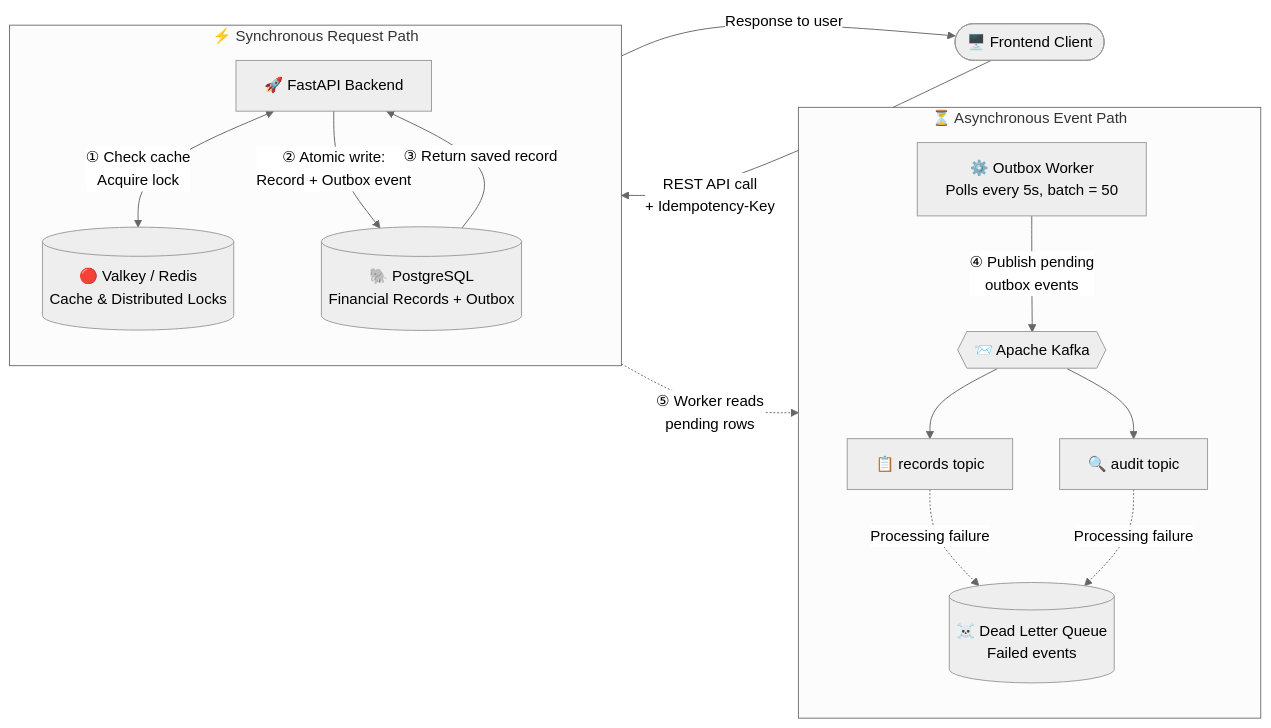
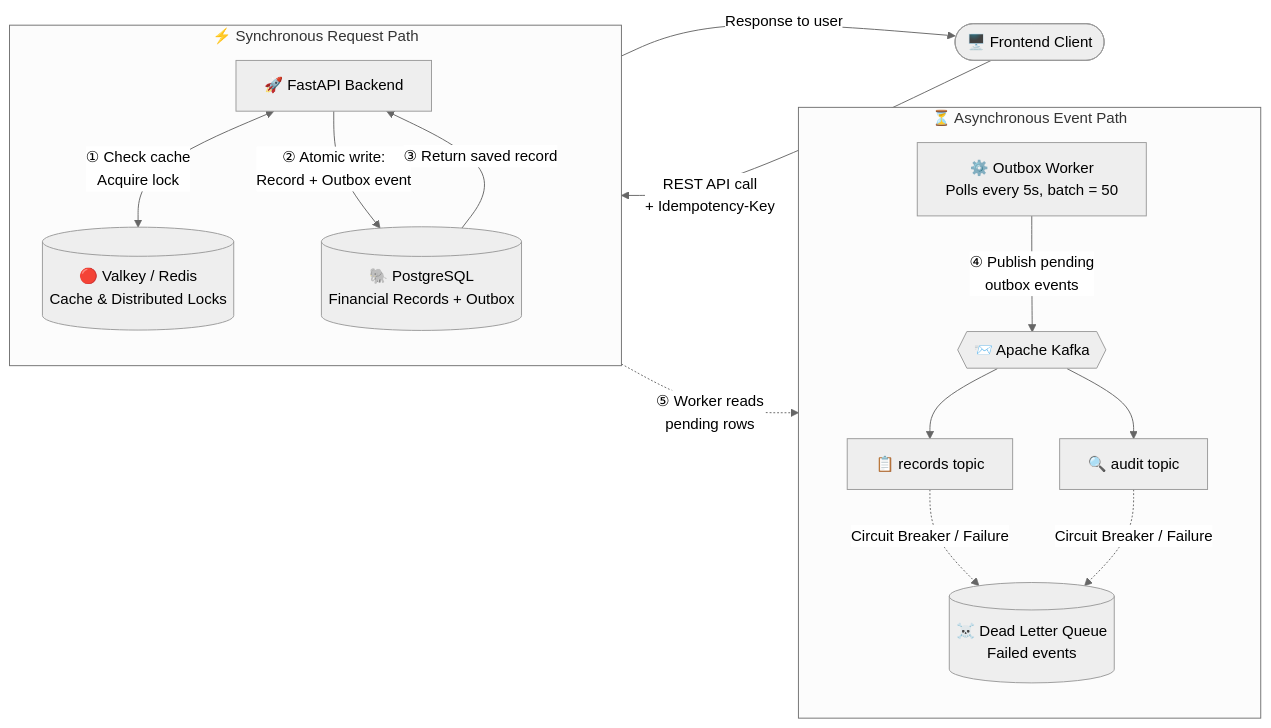
Before and after one commit to masterfighter999/zorvyn-backend: the diagram in README.md, drawn with Mermaid (neutral theme). The commit also changed other lines of this file, not shown here.

````diff
--- a/README.md
+++ b/README.md
@@ -75,34 +53,34 @@
 ```mermaid
 flowchart LR
     Client(["🖥️ Frontend Client"])
 
     subgraph SYNC ["⚡ Synchronous Request Path"]
         direction TB
         API["🚀 FastAPI Backend"]
         Cache[("🔴 Valkey / Redis\nCache & Distributed Locks")]
         DB[("🐘 PostgreSQL\nFinancial Records + Outbox")]
 
         API <-->|"① Check cache\n   Acquire lock"| Cache
         API -->|"② Atomic write:\n   Record + Outbox event"| DB
         DB -->|"③ Return saved record"| API
     end
 
     subgraph ASYNC ["⏳ Asynchronous Event Path"]
         direction TB
         Worker["⚙️ Outbox Worker\nPolls every 5s, batch = 50"]
         Kafka{{"📨 Apache Kafka"}}
         TopicRecords["📋 records topic"]
         TopicAudit["🔍 audit topic"]
         DLQ[("☠️ Dead Letter Queue\nFailed events")]
 
         Worker -->|"④ Publish pending\n   outbox events"| Kafka
         Kafka --> TopicRecords
         Kafka --> TopicAudit
-        TopicRecords -.->|"Processing failure"| DLQ
-        TopicAudit -.->|"Processing failure"| DLQ
+        TopicRecords -.->|"Circuit Breaker / Failure"| DLQ
+        TopicAudit -.->|"Circuit Breaker / Failure"| DLQ
     end
 
     Client -->|"REST API call\n+ Idempotency-Key"| API
     API -->|"Response to user"| Client
     DB -.->|"⑤ Worker reads\n   pending rows"| Worker
 ```
````
